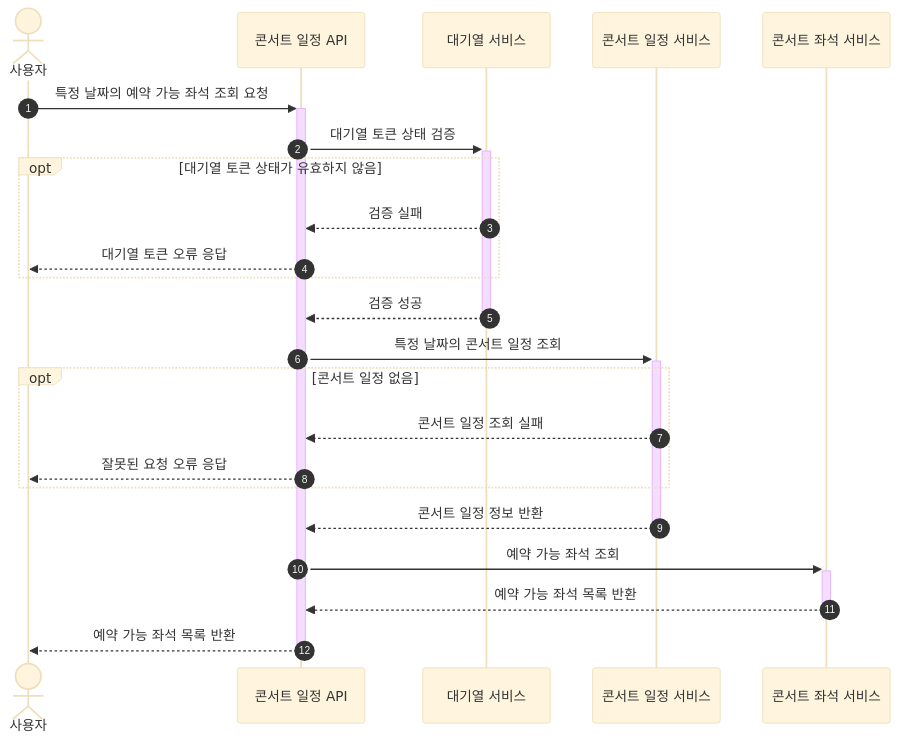
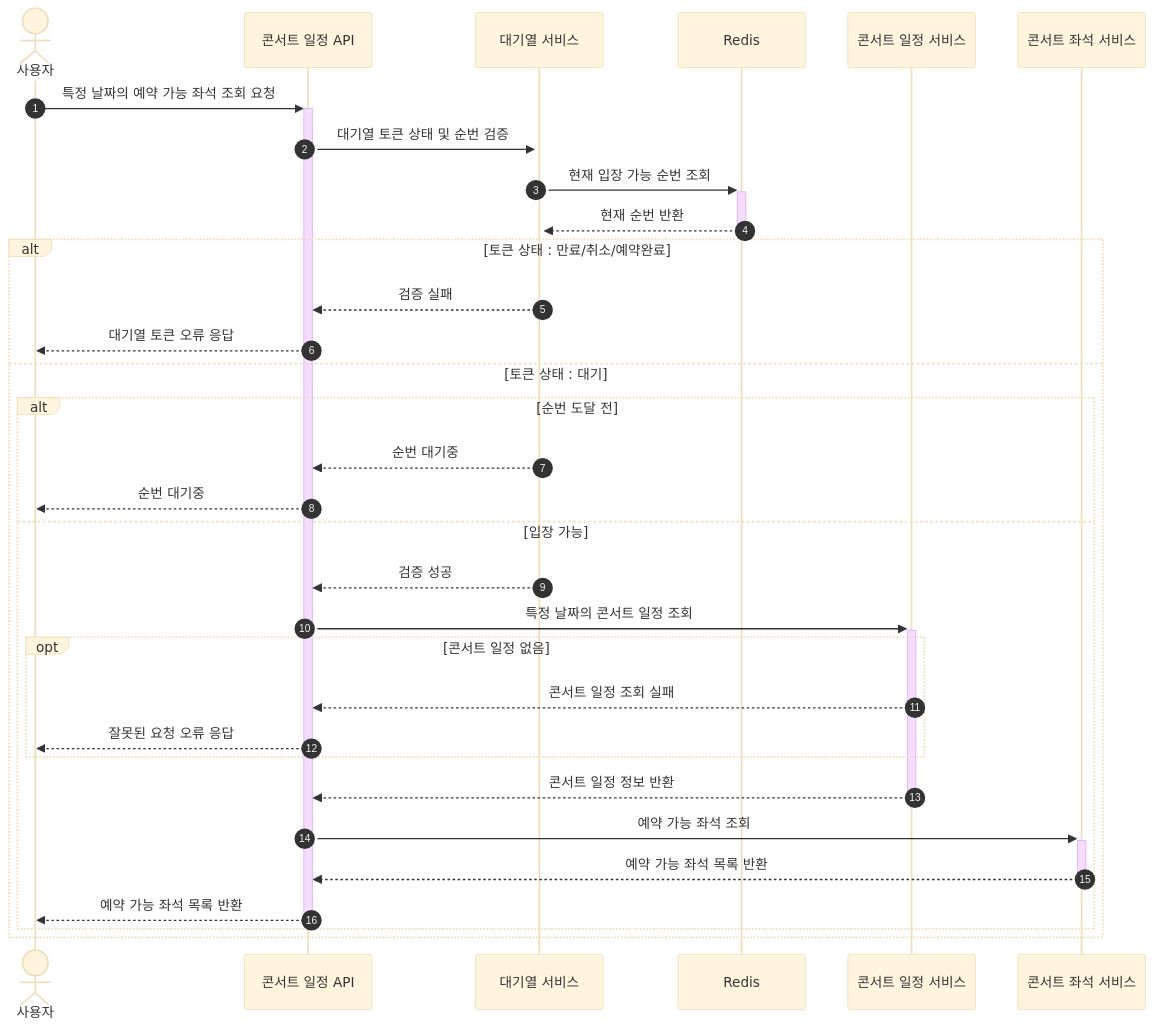
One commit to y-00jin/hhplus-server-concert changed the third of 7 diagrams in docs/02_sequenceDiagram.md. Above: the diagram before and after it, drawn with Mermaid (base theme). The commit also changed other lines of this file and 1 other file, not shown here.

First line of the commit message:
[2주차] PR 코멘트 반영: 시퀀스 다이어그램 업데이트 (#12)

````diff
--- a/docs/02_sequenceDiagram.md
+++ b/docs/02_sequenceDiagram.md
@@ -76,30 +87,39 @@
 ```mermaid
 sequenceDiagram
 	autonumber
 	actor 사용자 as 사용자
 	participant ScheduleAPI as 콘서트 일정 API
 	participant QueueService as 대기열 서비스
+	participant Redis as Redis
 	participant ScheduleService as 콘서트 일정 서비스
 	participant SeatService as 콘서트 좌석 서비스
 	
-	사용자 ->>+ ScheduleAPI:특정 날짜의 예약 가능 좌석 조회 요청
-	ScheduleAPI ->>+ QueueService:대기열 토큰 상태 검증
-	opt 대기열 토큰 상태가 유효하지 않음
+	사용자 ->>+ ScheduleAPI: 특정 날짜의 예약 가능 좌석 조회 요청
+	ScheduleAPI ->>+ QueueService: 대기열 토큰 상태 및 순번 검증
+	QueueService ->>+ Redis: 현재 입장 가능 순번 조회
+	Redis -->>- QueueService: 현재 순번 반환
+	
+	alt 토큰 상태 : 만료/취소/예약완료
 		QueueService -->> ScheduleAPI: 검증 실패
 		ScheduleAPI -->> 사용자: 대기열 토큰 오류 응답
+	else 토큰 상태 : 대기
+		alt 순번 도달 전
+			QueueService -->> ScheduleAPI: 순번 대기중
+			ScheduleAPI -->> 사용자: 순번 대기중
+		else 입장 가능
+			QueueService -->> ScheduleAPI: 검증 성공
+			ScheduleAPI ->>+ ScheduleService: 특정 날짜의 콘서트 일정 조회
+			
+			opt 콘서트 일정 없음
+				ScheduleService -->> ScheduleAPI: 콘서트 일정 조회 실패
+				ScheduleAPI -->> 사용자: 잘못된 요청 오류 응답
+			end
+			
+			ScheduleService -->>- ScheduleAPI: 콘서트 일정 정보 반환
+			
+			ScheduleAPI ->>+ SeatService: 예약 가능 좌석 조회
+			SeatService -->>- ScheduleAPI: 예약 가능 좌석 목록 반환
+			ScheduleAPI -->>- 사용자: 예약 가능 좌석 목록 반환
+		end
 	end
-	
-	QueueService -->>- ScheduleAPI: 검증 성공
-	ScheduleAPI ->>+ ScheduleService: 특정 날짜의 콘서트 일정 조회
-	
-	opt 콘서트 일정 없음
-		ScheduleService -->> ScheduleAPI: 콘서트 일정 조회 실패
-		ScheduleAPI -->> 사용자: 잘못된 요청 오류 응답
-	end
-	
-	ScheduleService -->>- ScheduleAPI: 콘서트 일정 정보 반환
-
-	ScheduleAPI ->>+ SeatService:예약 가능 좌석 조회
-	SeatService -->>- ScheduleAPI:예약 가능 좌석 목록 반환
-	ScheduleAPI -->>- 사용자: 예약 가능 좌석 목록 반환
 ```
````
